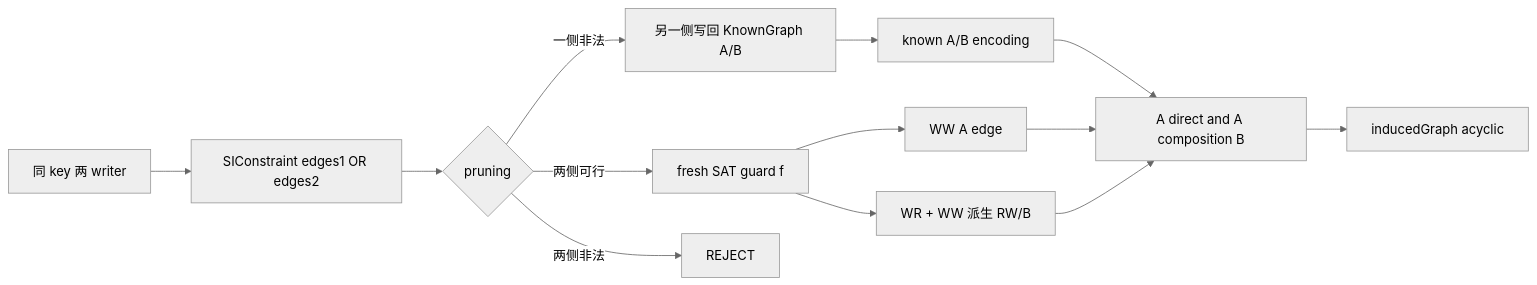
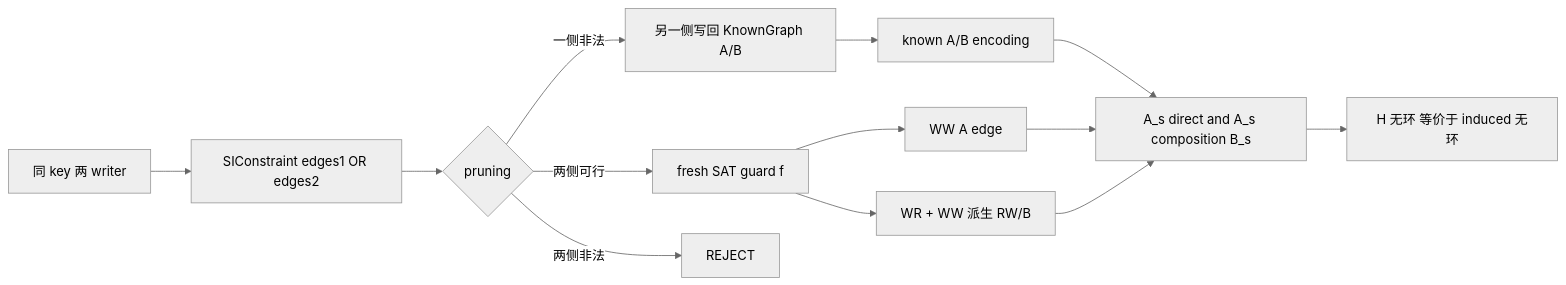
Before and after one commit to sodakci/predicate: the first of 3 diagrams in SI/si-result-detector/docs/SI_DESIGN.md, drawn with Mermaid (neutral theme). The commit also changed other lines of this file and 50 other files, not shown here.

````diff
--- a/SI/si-result-detector/docs/SI_DESIGN.md
+++ b/SI/si-result-detector/docs/SI_DESIGN.md
@@ -385,15 +322,15 @@
 ```mermaid
 flowchart LR
     A[同 key 两 writer] --> B[SIConstraint edges1 OR edges2]
     B --> C{pruning}
     C -->|一侧非法| D[另一侧写回 KnownGraph A/B]
     C -->|两侧可行| E[fresh SAT guard f]
     C -->|两侧非法| F[REJECT]
     D --> G[known A/B encoding]
     E --> H[WW A edge]
     E --> I[WR + WW 派生 RW/B]
-    G --> J[A direct and A composition B]
+    G --> J[A_s direct and A_s composition B_s]
     H --> J
     I --> J
-    J --> K[inducedGraph acyclic]
+    J --> K[H 无环 等价于 induced 无环]
 ```
````
